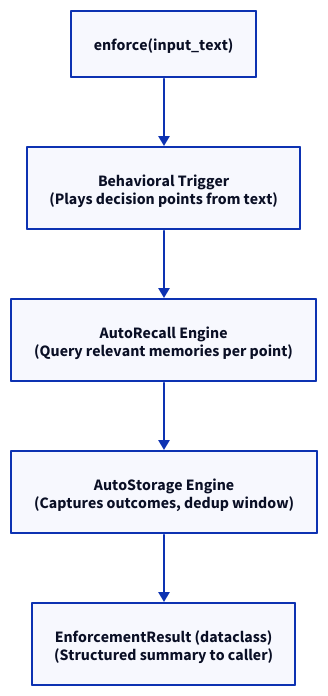
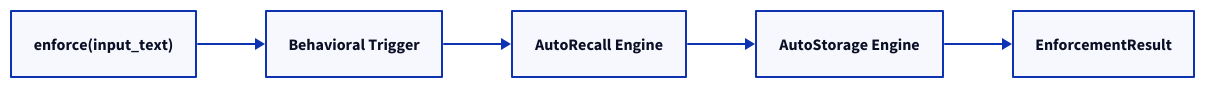
One commit to BuboTheWise/MemChorus changed the diagram in diagrams/behav_pipeline.d2. Above: the diagram before and after it, drawn with D2. The commit also changed 8 other files, not shown here.

Commit message:
docs(readme): shrink horizontal pipeline diagrams; add Multi-Wing routing SVG

```diff
--- a/diagrams/behav_pipeline.d2
+++ b/diagrams/behav_pipeline.d2
@@ -1,23 +1,18 @@
 vars: {
   d2-config: {
     layout-engine: elk
   }
 }
 
-direction: down
+direction: right
 
-step1: "enforce(input_text)"
+enforce: "enforce(input_text)"
+trigger: "Behavioral Trigger"
+autorecall: "AutoRecall Engine"
+autostorage: "AutoStorage Engine"
+result: "EnforcementResult"
 
-step2: "Behavioral Trigger\n(Plays decision points from text)"
-
-step3: "AutoRecall Engine\n(Query relevant memories per point)"
-
-step4: "AutoStorage Engine\n(Captures outcomes, dedup window)"
-
-step5: "EnforcementResult (dataclass)\n(Structured summary to caller)"
-
-# Pipeline chain
-step1 -> step2
-step2 -> step3
-step3 -> step4
-step4 -> step5
+enforce -> trigger
+trigger -> autorecall
+autorecall -> autostorage
+autostorage -> result
```
